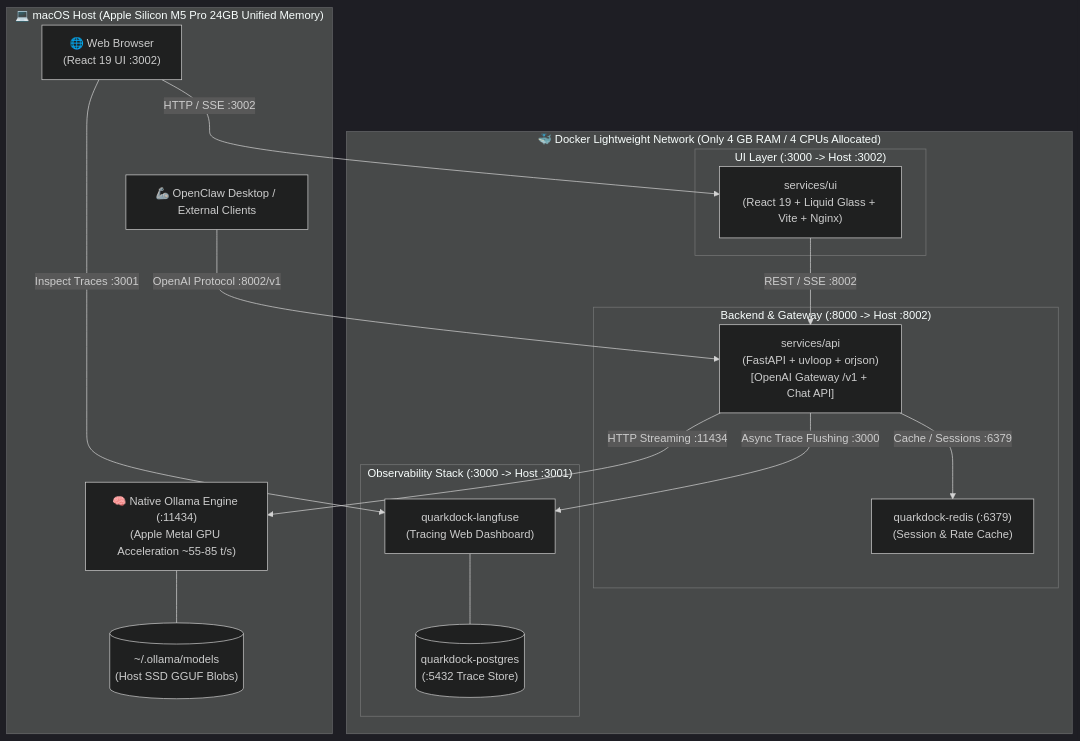
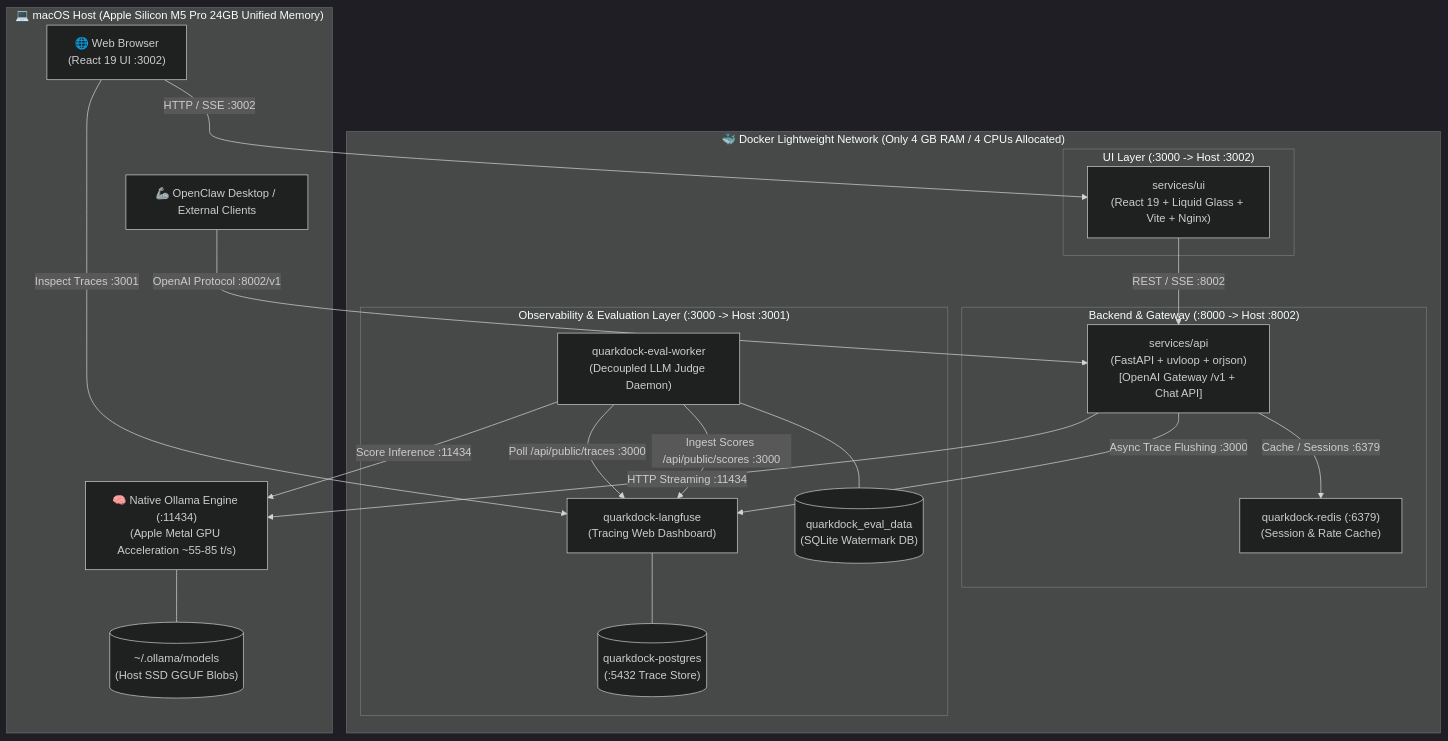
One commit to vadde/QuarkDock changed the diagram in README.md. Above: the diagram before and after it, drawn with Mermaid (dark theme). The commit also changed other lines of this file and 25 other files, not shown here.

Commit message:
feat(eval-worker): implement decoupled LLM-as-a-judge background worker (SPEC-005)

````diff
--- a/README.md
+++ b/README.md
@@ -33,36 +33,42 @@
 ```mermaid
 flowchart TB
     subgraph Host["💻 macOS Host (Apple Silicon M5 Pro 24GB Unified Memory)"]
         Browser["🌐 Web Browser\n(React 19 UI :3002)"]
         OpenClaw["🦾 OpenClaw Desktop / External Clients"]
         Ollama["🧠 Native Ollama Engine (:11434)\n(Apple Metal GPU Acceleration ~55-85 t/s)"]
         ModelStorage[("~/.ollama/models\n(Host SSD GGUF Blobs)")]
         Ollama --- ModelStorage
     end
 
     subgraph DockerNet["🐳 Docker Lightweight Network (Only 4 GB RAM / 4 CPUs Allocated)"]
         subgraph FrontendLayer["UI Layer (:3000 -> Host :3002)"]
             UI["services/ui\n(React 19 + Liquid Glass + Vite + Nginx)"]
         end
 
         subgraph BackendLayer["Backend & Gateway (:8000 -> Host :8002)"]
             API["services/api\n(FastAPI + uvloop + orjson)\n[OpenAI Gateway /v1 + Chat API]"]
             Redis["quarkdock-redis (:6379)\n(Session & Rate Cache)"]
         end
 
-        subgraph ObservabilityLayer["Observability Stack (:3000 -> Host :3001)"]
+        subgraph ObservabilityLayer["Observability & Evaluation Layer (:3000 -> Host :3001)"]
             Langfuse["quarkdock-langfuse\n(Tracing Web Dashboard)"]
             Postgres[("quarkdock-postgres\n(:5432 Trace Store)")]
+            EvalWorker["quarkdock-eval-worker\n(Decoupled LLM Judge Daemon)"]
+            StateDB[("quarkdock_eval_data\n(SQLite Watermark DB)")]
             Langfuse --- Postgres
+            EvalWorker --- StateDB
         end
     end
 
     %% Network Connections
     Browser -->|HTTP / SSE :3002| UI
     UI -->|REST / SSE :8002| API
     OpenClaw -->|OpenAI Protocol :8002/v1| API
     API -->|HTTP Streaming :11434| Ollama
     API -->|Async Trace Flushing :3000| Langfuse
     API -->|Cache / Sessions :6379| Redis
+    EvalWorker -->|Poll /api/public/traces :3000| Langfuse
+    EvalWorker -->|Score Inference :11434| Ollama
+    EvalWorker -->|Ingest Scores /api/public/scores :3000| Langfuse
     Browser -->|Inspect Traces :3001| Langfuse
 ```
````
